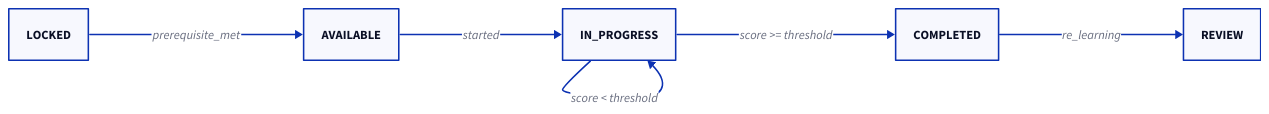
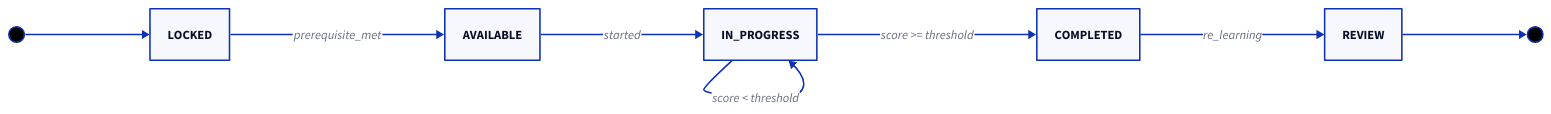
Before and after one commit to philongdanh/lms: the diagram in spec/modules/learning.md, drawn with D2. The commit also changed 10 other files, not shown here.

````diff
--- a/spec/modules/learning.md
+++ b/spec/modules/learning.md
@@ -35,8 +35,27 @@
 ```d2
 direction: right
-LOCKED --> AVAILABLE : prerequisite_met
-AVAILABLE --> IN_PROGRESS : started
-IN_PROGRESS --> COMPLETED : score >= threshold
-IN_PROGRESS --> IN_PROGRESS : score < threshold
-COMPLETED --> REVIEW : re_learning
+
+Start: {
+  shape: circle
+  style.fill: black
+  label: ""
+  width: 20
+  height: 20
+}
+
+End: {
+  shape: circle
+  style.fill: black
+  label: ""
+  width: 20
+  height: 20
+}
+
+Start -> LOCKED
+LOCKED -> AVAILABLE: prerequisite_met
+AVAILABLE -> IN_PROGRESS: started
+IN_PROGRESS -> COMPLETED: score >= threshold
+IN_PROGRESS -> IN_PROGRESS: score < threshold
+COMPLETED -> REVIEW: re_learning
+REVIEW -> End
 ```
````
